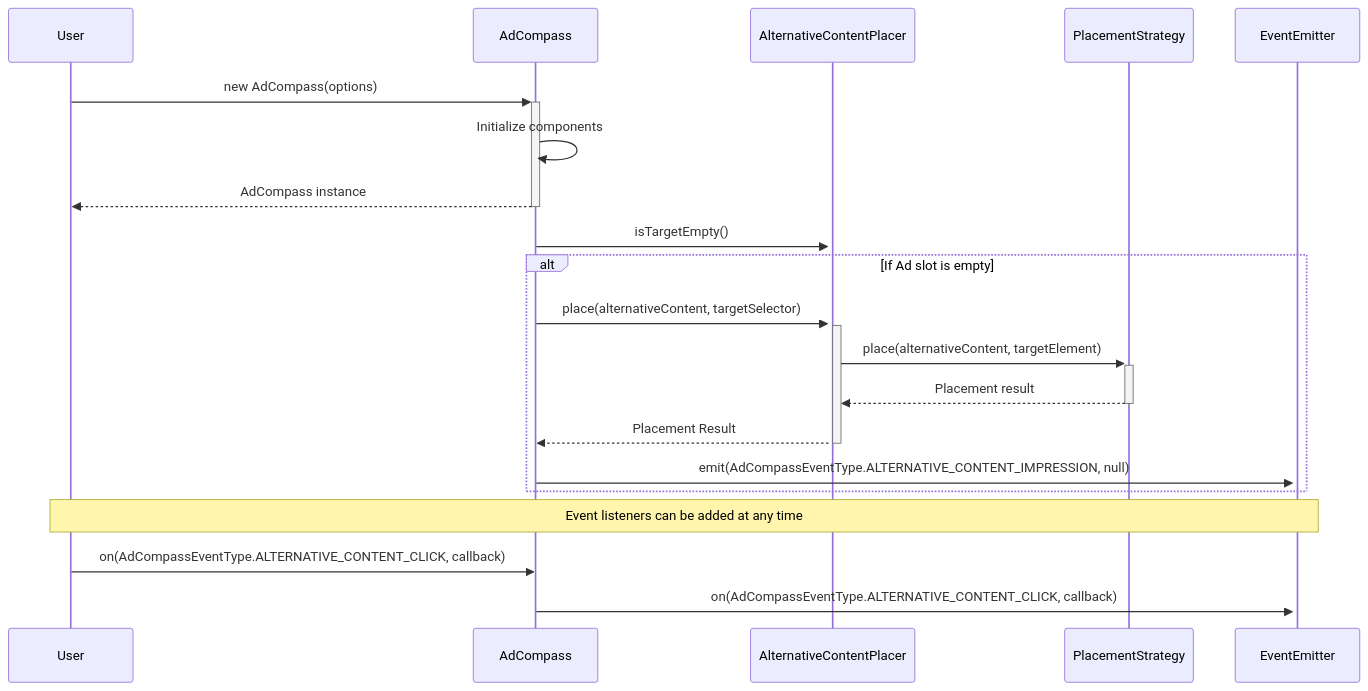
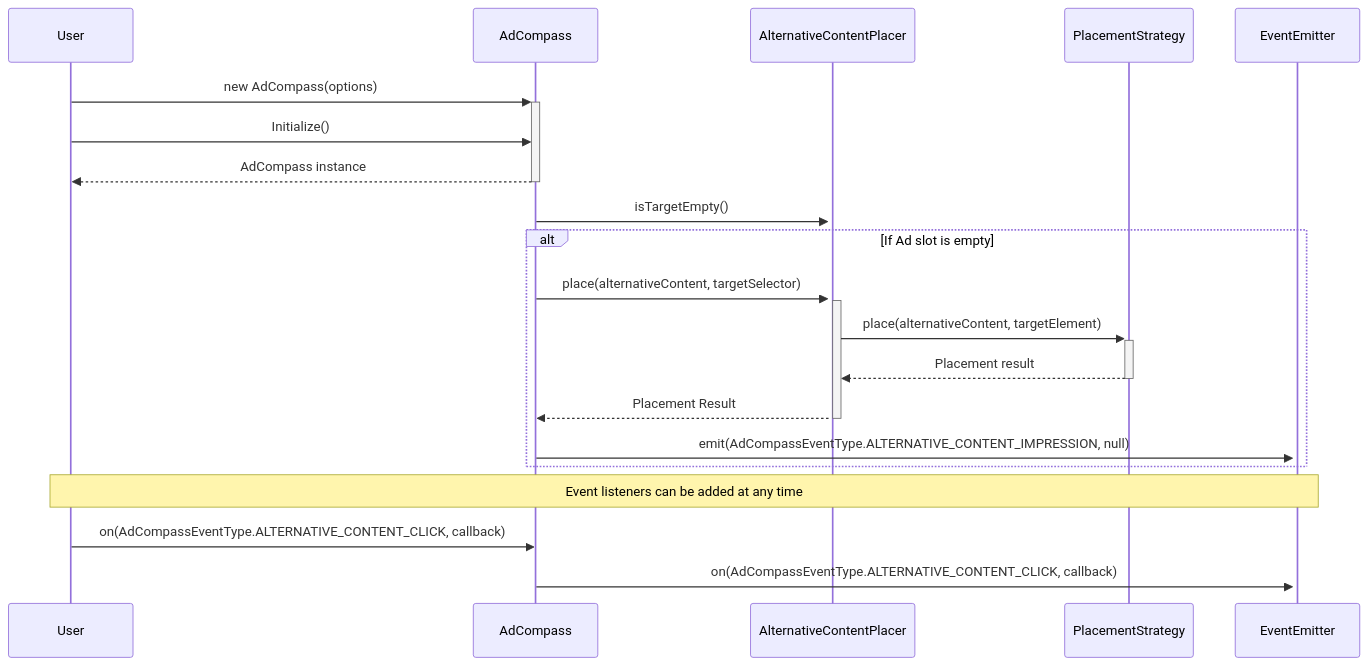
One commit to hogekai/ad-compass changed the diagram in docs/architecture/sequence-diagram.md. Above: the diagram before and after it, drawn with Mermaid.

Commit message:
シーケンス図の修正

````diff
--- a/docs/architecture/sequence-diagram.md
+++ b/docs/architecture/sequence-diagram.md
@@ -1,27 +1,27 @@
 ```mermaid
 sequenceDiagram
     participant User as User
     participant AC as AdCompass
     participant ACP as AlternativeContentPlacer
     participant PS as PlacementStrategy
     participant EE as EventEmitter
 
     User->>+AC: new AdCompass(options)
-    AC->>AC: Initialize components
+    User->>AC: Initialize()
     AC-->>-User: AdCompass instance
 
     AC->>+ACP: isTargetEmpty()
 
     alt If Ad slot is empty
         AC->>+ACP: place(alternativeContent, targetSelector)
         ACP->>+PS: place(alternativeContent, targetElement)
         PS-->>-ACP: Placement result
         ACP-->>-AC: Placement Result
         AC->>+EE: emit(AdCompassEventType.ALTERNATIVE_CONTENT_IMPRESSION, null)
     end
 
     Note over User,EE: Event listeners can be added at any time
 
     User->>AC: on(AdCompassEventType.ALTERNATIVE_CONTENT_CLICK, callback)
     AC->>EE: on(AdCompassEventType.ALTERNATIVE_CONTENT_CLICK, callback)
 ```
````
